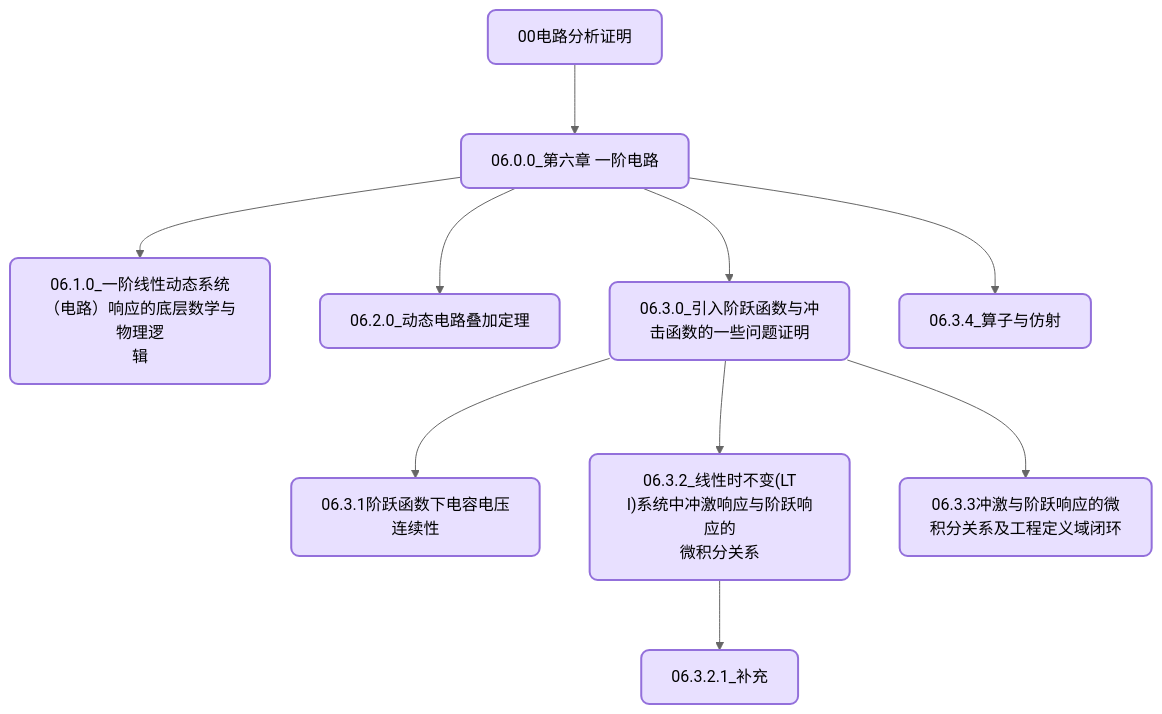
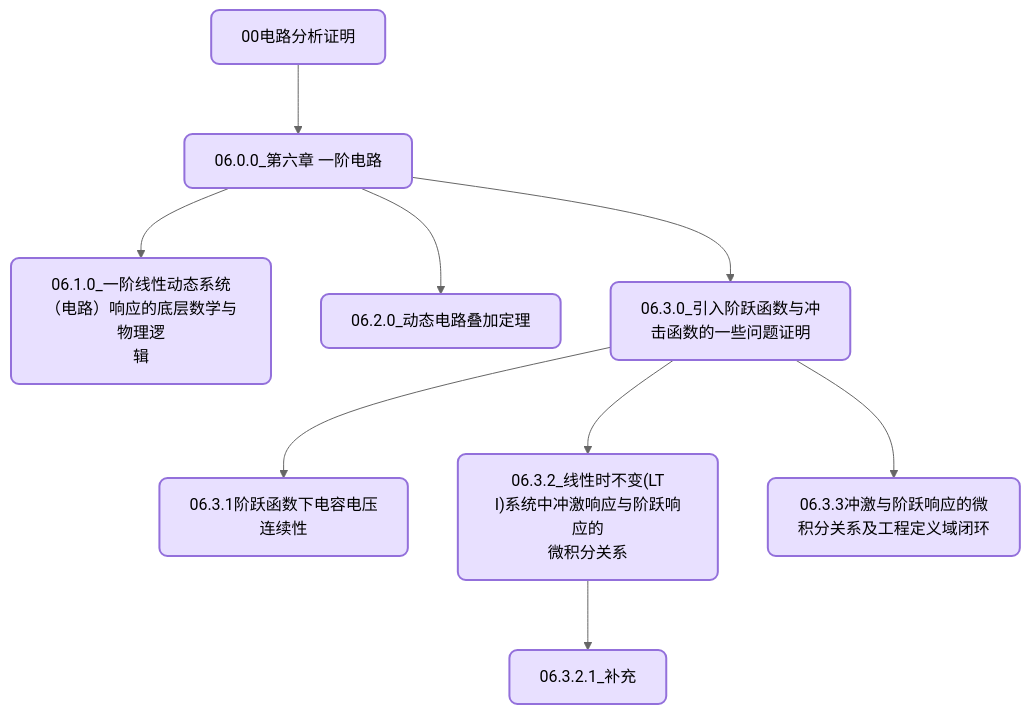
The diagram in README.md (wangjiuyi543-ui/Circuit-Foundations-First-Principles), drawn with Mermaid before and after one commit.

Commit message:
🤖 自动同步Canvas到README

````diff
--- a/README.md
+++ b/README.md
@@ -36,24 +36,22 @@
 ```mermaid
 %%{init: {'theme':'neutral', 'flowchart': {'nodeSpacing': 50, 'rankSpacing': 70, 'curve': 'basis', 'htmlLabels': true}}}%%
 graph TD
     classDef default fill:#e8e0ff,stroke:#9370db,stroke-width:2px,rx:8px,ry:8px;
     node_0["<a href="https://github.com/wangjiuyi543-ui/Circuit-Foundations-First-Principles/blob/main/Obsidian Vault/电路原理相关证明/00电路分析证明.md" target="_blank" style="color:inherit;text-decoration:none;">00电路分析证明</a>"]
     node_1["<a href="https://github.com/wangjiuyi543-ui/Circuit-Foundations-First-Principles/blob/main/Obsidian Vault/电路原理相关证明/06.0.0_第六章 一阶电路.md" target="_blank" style="color:inherit;text-decoration:none;">06.0.0_第六章 一阶电路<br></a>"]
     node_2["<a href="https://github.com/wangjiuyi543-ui/Circuit-Foundations-First-Principles/blob/main/Obsidian Vault/电路原理相关证明/06.1.0_一阶线性动态系统（电路）响应的底层数学与物理逻辑.md" target="_blank" style="color:inherit;text-decoration:none;">06.1.0_一阶线性动态系统<br>（电路）响应的底层数学与物理逻<br>辑</a>"]
     node_3["<a href="https://github.com/wangjiuyi543-ui/Circuit-Foundations-First-Principles/blob/main/Obsidian Vault/电路原理相关证明/06.2.0_动态电路叠加定理.md" target="_blank" style="color:inherit;text-decoration:none;">06.2.0_动态电路叠加定理<br></a>"]
     node_4["<a href="https://github.com/wangjiuyi543-ui/Circuit-Foundations-First-Principles/blob/main/Obsidian Vault/电路原理相关证明/06.3.0_引入阶跃函数与冲击函数的一些问题证明.md" target="_blank" style="color:inherit;text-decoration:none;">06.3.0_引入阶跃函数与冲<br>击函数的一些问题证明</a>"]
-    node_5["<a href="https://github.com/wangjiuyi543-ui/Circuit-Foundations-First-Principles/blob/main/Obsidian Vault/电路原理相关证明/06.3.4_算子与仿射.md" target="_blank" style="color:inherit;text-decoration:none;">06.3.4_算子与仿射</a>"]
-    node_6["<a href="https://github.com/wangjiuyi543-ui/Circuit-Foundations-First-Principles/blob/main/Obsidian Vault/电路原理相关证明/06.3.1阶跃函数下电容电压连续性.md" target="_blank" style="color:inherit;text-decoration:none;">06.3.1阶跃函数下电容电压<br>连续性</a>"]
-    node_7["<a href="https://github.com/wangjiuyi543-ui/Circuit-Foundations-First-Principles/blob/main/Obsidian Vault/电路原理相关证明/06.3.2_线性时不变(LTI)系统中冲激响应与阶跃响应的微积分关系.md" target="_blank" style="color:inherit;text-decoration:none;">06.3.2_线性时不变(LT<br>I)系统中冲激响应与阶跃响应的<br>微积分关系</a>"]
-    node_8["<a href="https://github.com/wangjiuyi543-ui/Circuit-Foundations-First-Principles/blob/main/Obsidian Vault/电路原理相关证明/06.3.3冲激与阶跃响应的微积分关系及工程定义域闭环.md" target="_blank" style="color:inherit;text-decoration:none;">06.3.3冲激与阶跃响应的微<br>积分关系及工程定义域闭环</a>"]
-    node_9["<a href="https://github.com/wangjiuyi543-ui/Circuit-Foundations-First-Principles/blob/main/Obsidian Vault/电路原理相关证明/06.3.2.1_补充.md" target="_blank" style="color:inherit;text-decoration:none;">06.3.2.1_补充</a>"]
+    node_5["<a href="https://github.com/wangjiuyi543-ui/Circuit-Foundations-First-Principles/blob/main/Obsidian Vault/电路原理相关证明/06.3.1阶跃函数下电容电压连续性.md" target="_blank" style="color:inherit;text-decoration:none;">06.3.1阶跃函数下电容电压<br>连续性</a>"]
+    node_6["<a href="https://github.com/wangjiuyi543-ui/Circuit-Foundations-First-Principles/blob/main/Obsidian Vault/电路原理相关证明/06.3.2_线性时不变(LTI)系统中冲激响应与阶跃响应的微积分关系.md" target="_blank" style="color:inherit;text-decoration:none;">06.3.2_线性时不变(LT<br>I)系统中冲激响应与阶跃响应的<br>微积分关系</a>"]
+    node_7["<a href="https://github.com/wangjiuyi543-ui/Circuit-Foundations-First-Principles/blob/main/Obsidian Vault/电路原理相关证明/06.3.3冲激与阶跃响应的微积分关系及工程定义域闭环.md" target="_blank" style="color:inherit;text-decoration:none;">06.3.3冲激与阶跃响应的微<br>积分关系及工程定义域闭环</a>"]
+    node_8["<a href="https://github.com/wangjiuyi543-ui/Circuit-Foundations-First-Principles/blob/main/Obsidian Vault/电路原理相关证明/06.3.2.1_补充.md" target="_blank" style="color:inherit;text-decoration:none;">06.3.2.1_补充</a>"]
     node_0 --> node_1
     node_1 --> node_2
     node_1 --> node_3
     node_1 --> node_4
+    node_4 --> node_5
     node_4 --> node_6
     node_4 --> node_7
-    node_4 --> node_8
-    node_7 --> node_9
-    node_1 --> node_5
+    node_6 --> node_8
 ```
````
